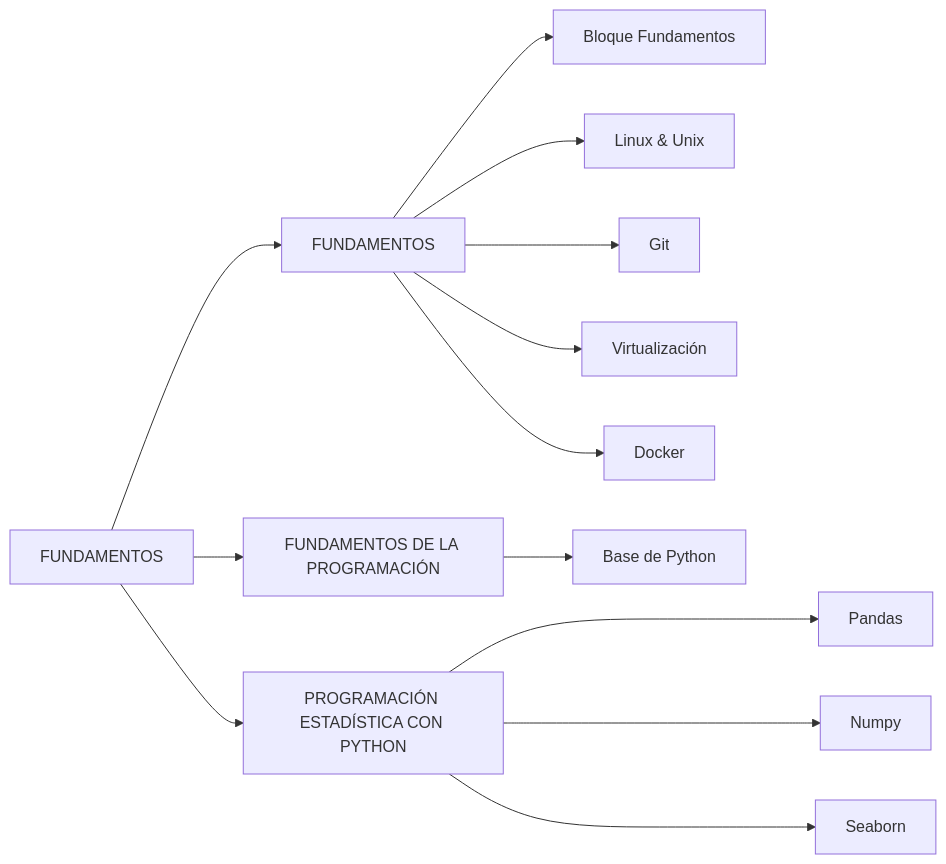
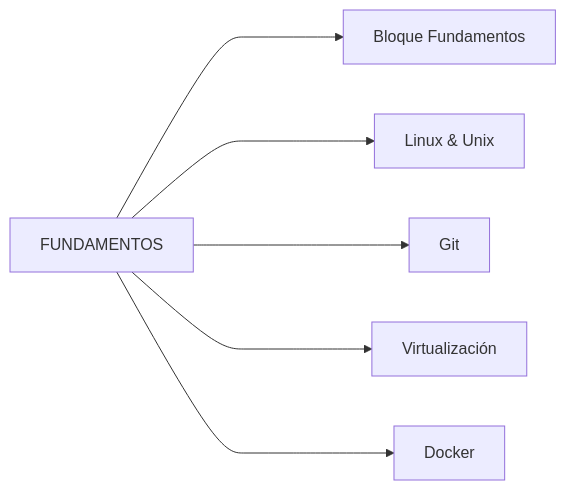
The diagram in 1. FUNDAMENTOS/1. FUNDAMENTOS/README.md (alozk/Master-Big-Data-Analytics), drawn with Mermaid before and after one commit.

````diff
--- a/1. FUNDAMENTOS/1. FUNDAMENTOS/README.md
+++ b/1. FUNDAMENTOS/1. FUNDAMENTOS/README.md
@@ -1,15 +1,8 @@
 ```mermaid
 flowchart LR
-A[FUNDAMENTOS] -->B[FUNDAMENTOS];
-A[FUNDAMENTOS] -->C[FUNDAMENTOS DE LA PROGRAMACIÓN]
-A[FUNDAMENTOS] -->D[PROGRAMACIÓN ESTADÍSTICA CON PYTHON]
-B[FUNDAMENTOS] -->E[Bloque Fundamentos]
-B[FUNDAMENTOS] -->F[Linux & Unix]
-B[FUNDAMENTOS] -->G[Git]
-B[FUNDAMENTOS] -->H[Virtualización]
-B[FUNDAMENTOS] -->I[Docker]
-C[FUNDAMENTOS DE LA PROGRAMACIÓN] -->J[Base de Python]
-D[PROGRAMACIÓN ESTADÍSTICA CON PYTHON] --->K[Pandas]
-D[PROGRAMACIÓN ESTADÍSTICA CON PYTHON] --->L[Numpy]
-D[PROGRAMACIÓN ESTADÍSTICA CON PYTHON] --->M[Seaborn]
+A[FUNDAMENTOS] ---->B[Bloque Fundamentos]
+A[FUNDAMENTOS] ---->C[Linux & Unix]
+A[FUNDAMENTOS] ---->D[Git]
+A[FUNDAMENTOS] ---->E[Virtualización]
+A[FUNDAMENTOS] ---->F[Docker]
 ```
````
